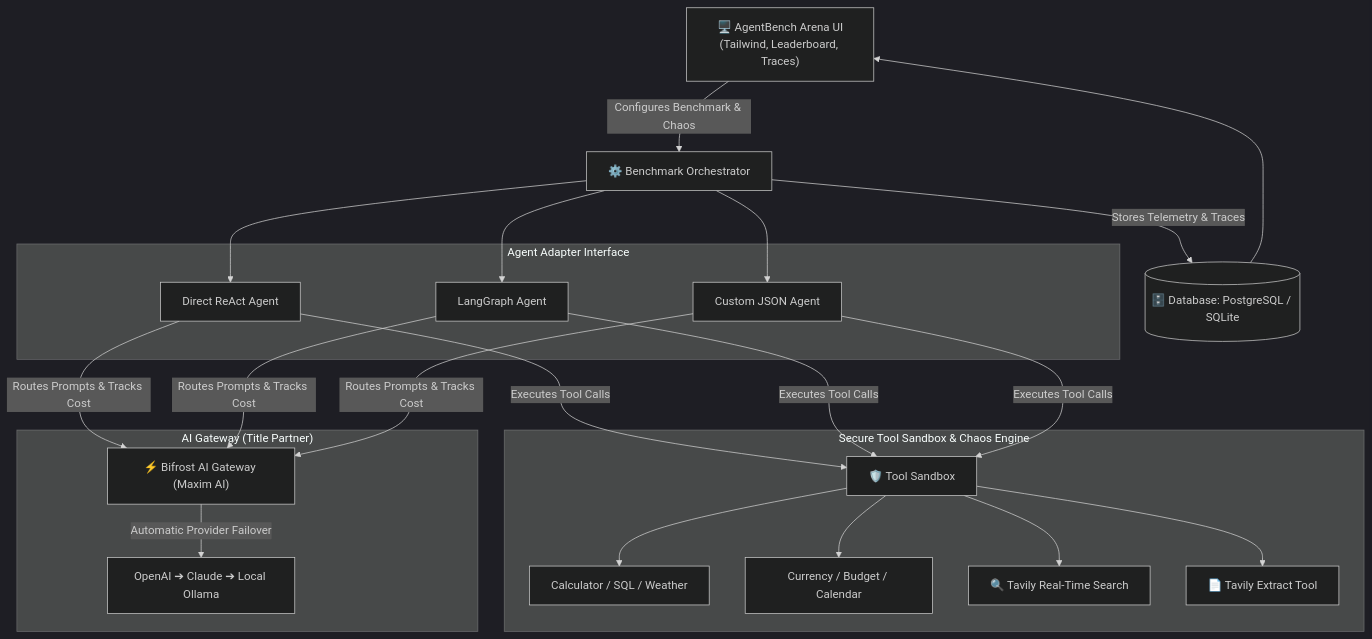
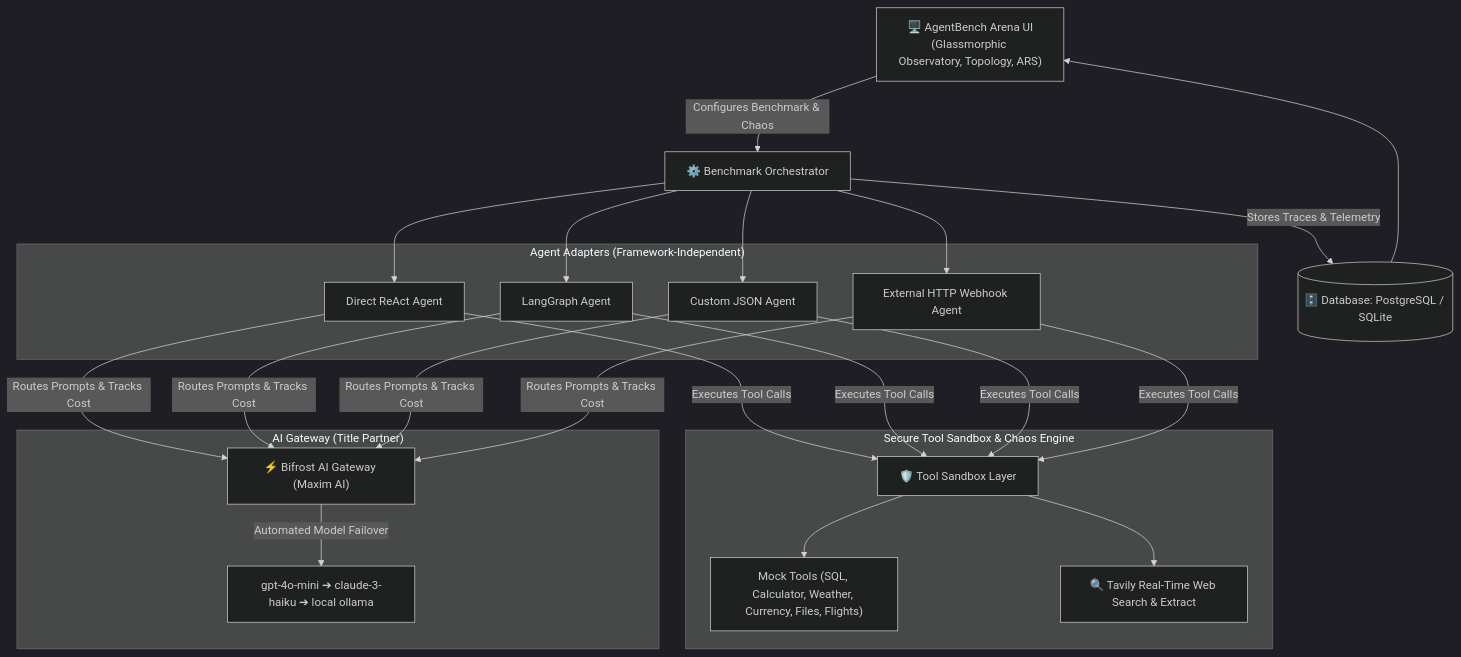
One commit to Mohan-M04/agentbench-arena changed the diagram in README.md. Above: the diagram before and after it, drawn with Mermaid (dark theme). The commit also changed other lines of this file, not shown here.

Commit message:
docs: update README with complete lab features, AI disclosure, and benchmark data

````diff
--- a/README.md
+++ b/README.md
@@ -27,35 +27,32 @@
 ```mermaid
 graph TD
-    UI["🖥️ AgentBench Arena UI<br/>(Tailwind, Leaderboard, Traces)"] -->|"Configures Benchmark & Chaos"| Orch["⚙️ Benchmark Orchestrator"]
+    UI["🖥️ AgentBench Arena UI<br/>(Glassmorphic Observatory, Topology, ARS)"] -->|"Configures Benchmark & Chaos"| Orch["⚙️ Benchmark Orchestrator"]
     
-    subgraph "Agent Adapter Interface"
+    subgraph "Agent Adapters (Framework-Independent)"
         A1["Direct ReAct Agent"]
         A2["LangGraph Agent"]
         A3["Custom JSON Agent"]
+        A4["External HTTP Webhook Agent"]
     end
     
-    Orch --> A1
-    Orch --> A2
-    Orch --> A3
+    Orch --> A1 & A2 & A3 & A4
     
     subgraph "Secure Tool Sandbox & Chaos Engine"
-        SB["🛡️ Tool Sandbox"]
-        M1["Calculator / SQL / Weather"]
-        M2["Currency / Budget / Calendar"]
-        T1["🔍 Tavily Real-Time Search"]
-        T2["📄 Tavily Extract Tool"]
+        SB["🛡️ Tool Sandbox Layer"]
+        M1["Mock Tools (SQL, Calculator, Weather, Currency, Files, Flights)"]
+        T1["🔍 Tavily Real-Time Web Search & Extract"]
     end
     
-    A1 & A2 & A3 -->|"Executes Tool Calls"| SB
-    SB --> M1 & M2 & T1 & T2
+    A1 & A2 & A3 & A4 -->|"Executes Tool Calls"| SB
+    SB --> M1 & T1
     
     subgraph "AI Gateway (Title Partner)"
         BF["⚡ Bifrost AI Gateway (Maxim AI)"]
-        BF -->|"Automatic Provider Failover"| LLMs["OpenAI ➔ Claude ➔ Local Ollama"]
+        BF -->|"Automated Model Failover"| LLMs["gpt-4o-mini ➔ claude-3-haiku ➔ local ollama"]
     end
     
-    A1 & A2 & A3 -->|"Routes Prompts & Tracks Cost"| BF
+    A1 & A2 & A3 & A4 -->|"Routes Prompts & Tracks Cost"| BF
     
-    Orch -->|"Stores Telemetry & Traces"| DB[("🗄️ Database: PostgreSQL / SQLite")]
+    Orch -->|"Stores Traces & Telemetry"| DB[("🗄️ Database: PostgreSQL / SQLite")]
     DB --> UI
 ```
````
